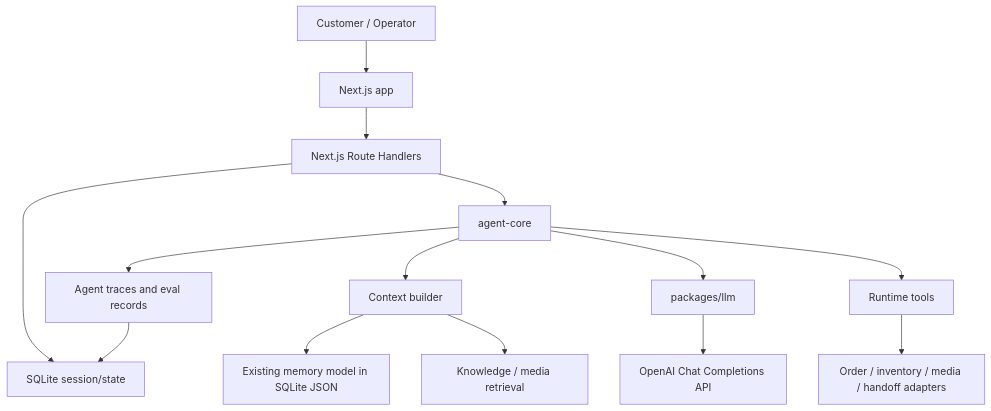
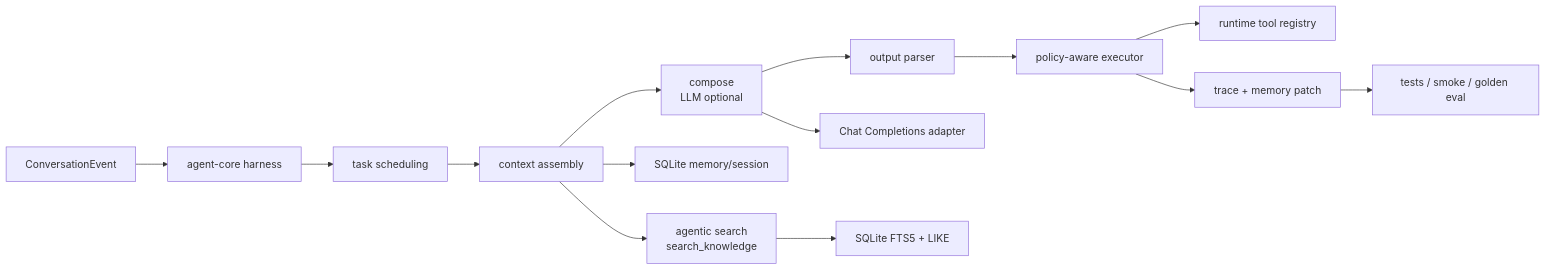
The diagram in docs/tech-stack-decisions.md (ImWenyaoT/chatty), drawn with Mermaid before and after one commit. The commit also changed other lines of this file and 30 other files, not shown here.

Commit message:
docs: tighten agent architecture bounds

````diff
--- a/docs/tech-stack-decisions.md
+++ b/docs/tech-stack-decisions.md
@@ -228,16 +274,16 @@
 ```mermaid
-flowchart TD
-  U["Customer / Operator"] --> W["Next.js app"]
-  W --> API["Next.js Route Handlers"]
-  API --> S["SQLite session/state"]
-  API --> AC["agent-core"]
-  AC --> CTX["Context builder"]
-  CTX --> MEM["Existing memory model in SQLite JSON"]
-  CTX --> RAG["Knowledge / media retrieval"]
-  AC --> LLM["packages/llm"]
-  LLM --> CC["OpenAI Chat Completions API"]
-  AC --> TOOLS["Runtime tools"]
-  TOOLS --> ORD["Order / inventory / media / handoff adapters"]
-  AC --> TRACE["Agent traces and eval records"]
-  TRACE --> S
+flowchart LR
+  Event["ConversationEvent"] --> Harness["agent-core harness"]
+  Harness --> Task["task scheduling"]
+  Task --> Context["context assembly"]
+  Context --> Compose["compose<br/>LLM optional"]
+  Compose --> Parser["output parser"]
+  Parser --> Executor["policy-aware executor"]
+  Executor --> Registry["runtime tool registry"]
+  Context --> Memory["SQLite memory/session"]
+  Context --> Knowledge["agentic search<br/>search_knowledge"]
+  Knowledge --> FTS["SQLite FTS5 + LIKE"]
+  Compose --> LLM["Chat Completions adapter"]
+  Executor --> Trace["trace + memory patch"]
+  Trace --> Eval["tests / smoke / golden eval"]
 ```
````
